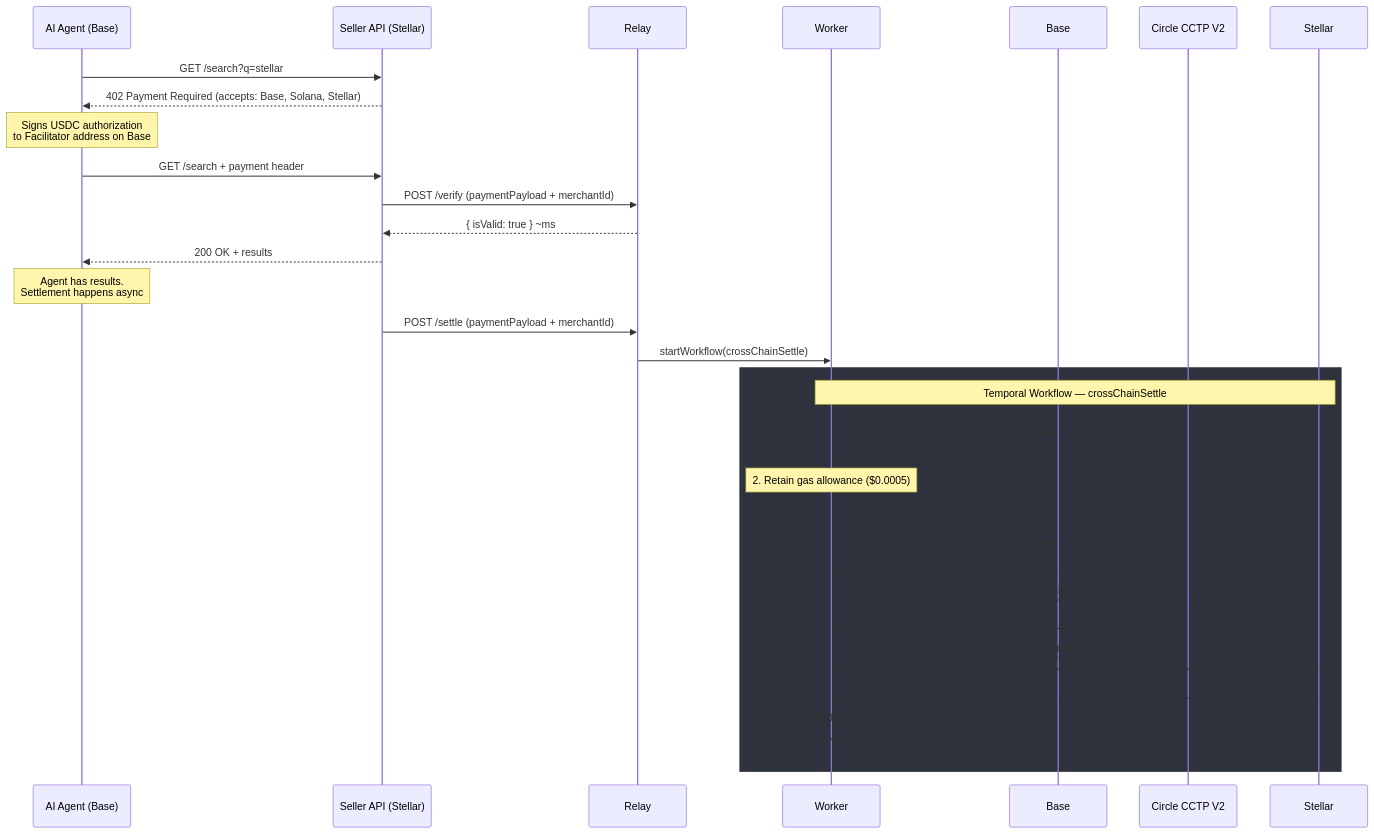
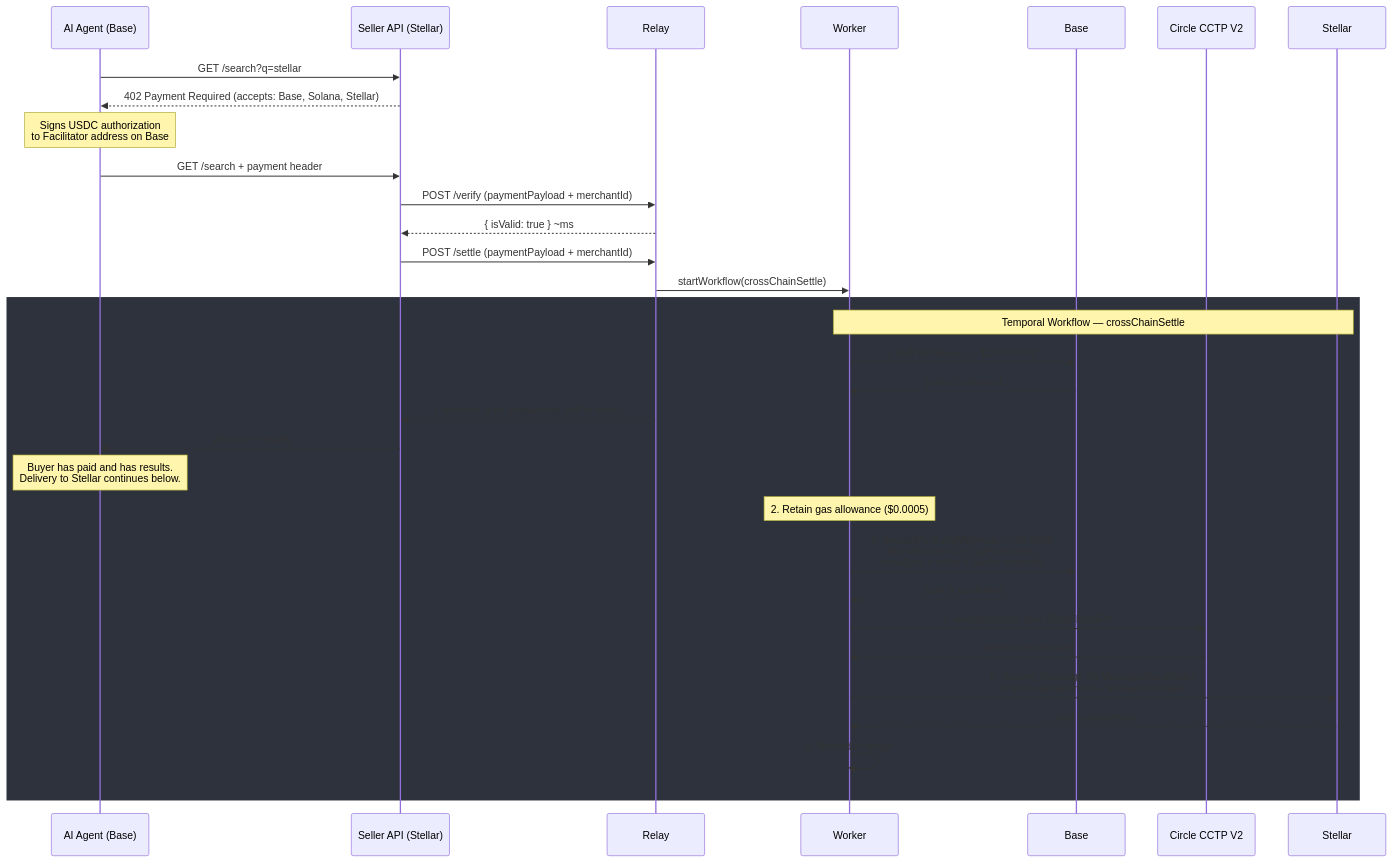
One commit to 402md/facilitator changed the second of 3 diagrams in docs/explanation/architecture.md. Above: the diagram before and after it, drawn with Mermaid. The commit also changed other lines of this file and 8 other files, not shown here.

First line of the commit message:
fix(relay): report a settlement the query never surfaced

````diff
--- a/docs/explanation/architecture.md
+++ b/docs/explanation/architecture.md
@@ -87,39 +88,39 @@
 ```mermaid
 sequenceDiagram
     participant Agent as AI Agent (Base)
     participant Seller as Seller API (Stellar)
     participant Relay as Relay
     participant Worker as Worker
     participant Source as Base
     participant CCTP as Circle CCTP V2
     participant Dest as Stellar
 
     Agent->>Seller: GET /search?q=stellar
     Seller-->>Agent: 402 Payment Required (accepts: Base, Solana, Stellar)
 
     Note over Agent: Signs USDC authorization<br/>to Facilitator address on Base
 
     Agent->>Seller: GET /search + payment header
     Seller->>Relay: POST /verify (paymentPayload + merchantId)
     Relay-->>Seller: { isValid: true } ~ms
-    Seller-->>Agent: 200 OK + results
-
-    Note over Agent: Agent has results.<br/>Settlement happens async
 
     Seller->>Relay: POST /settle (paymentPayload + merchantId)
     Relay->>Worker: startWorkflow(crossChainSettle)
 
     rect rgb(45, 50, 60)
         Note over Worker,Dest: Temporal Workflow — crossChainSettle
         Worker->>Source: 1. pullFromBuyer — $1.00 USDC
         Source-->>Worker: pull tx confirmed
+        Relay-->>Seller: { success: true, transaction: pull tx hash }
+        Seller-->>Agent: 200 OK + results
+        Note over Agent: Buyer has paid and has results.<br/>Delivery to Stellar continues below.
         Note over Worker: 2. Retain gas allowance ($0.0005)
         Worker->>Source: 3. depositForBurnWithHook — $0.9995<br/>(mintRecipient = CctpForwarder,<br/>hookData = seller's Stellar address)
         Source-->>Worker: burn tx confirmed
         Worker->>CCTP: 4. waitAttestation (poll Circle Iris API)
         CCTP-->>Worker: attestation received
         Worker->>Dest: 5. receive_message on MessageTransmitter<br/>CctpForwarder mints + forwards to seller
         Dest-->>Worker: mint tx confirmed
         Worker->>Worker: 6. Record in ledger
     end
 ```
````
